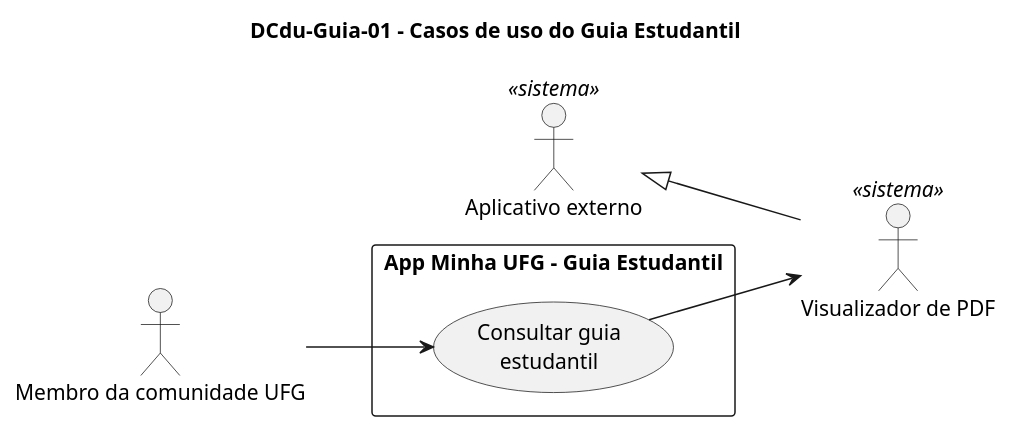
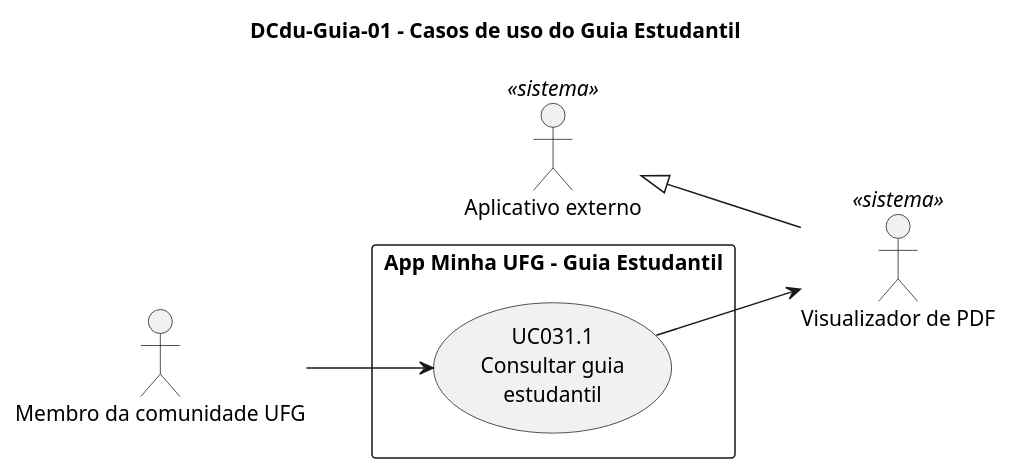
One commit to joseduardogon/Minha_UFG_Grupo_Cinza changed the diagram in Guia/DCdu-Guia-01.puml. Above: the diagram before and after it, drawn with PlantUML. The commit also changed 30 other files, not shown here.

```diff
--- a/Guia/DCdu-Guia-01.puml
+++ b/Guia/DCdu-Guia-01.puml
@@ -1,17 +1,17 @@
 @startuml DCdu-Guia-01
 title DCdu-Guia-01 – Casos de uso do Guia Estudantil
 left to right direction
 skinparam packageStyle rectangle
 
 actor "Membro da comunidade UFG" as Membro
 actor "Aplicativo externo" as AppExt <<sistema>>
 actor "Visualizador de PDF" as VisPDF <<sistema>>
 VisPDF -up-|> AppExt
 
 rectangle "App Minha UFG – Guia Estudantil" {
-  usecase "Consultar guia\nestudantil" as UC03
+  usecase "UC031.1\nConsultar guia\nestudantil" as UC031
 }
 
-Membro --> UC03
-UC03 --> VisPDF
+Membro --> UC031
+UC031 --> VisPDF
 @enduml
```
